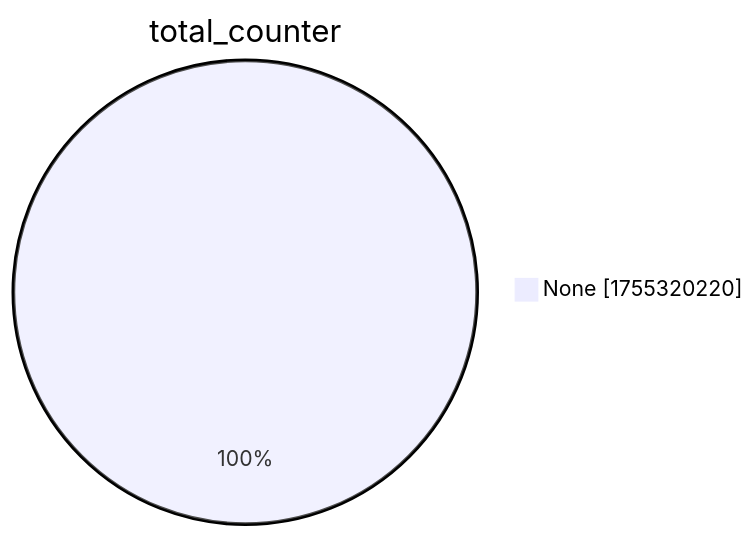
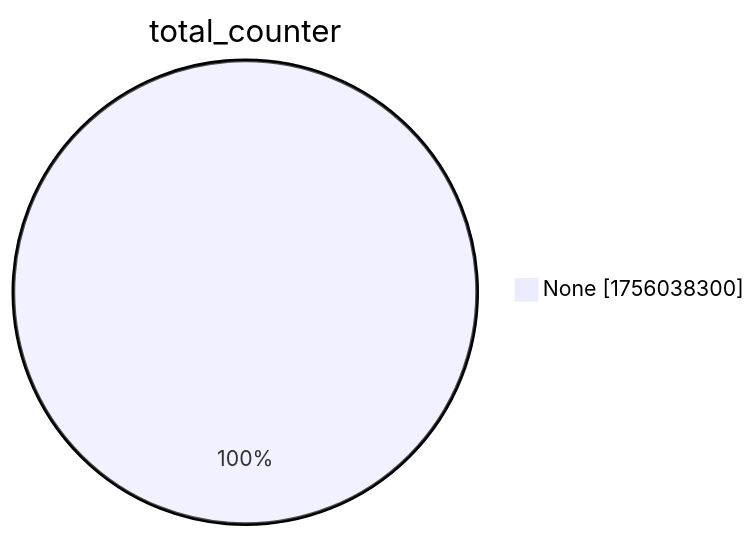
Before and after one commit to christiankrug/ctmonitor_visualization: the second of 15 diagrams in xenon2022/README.md, drawn with Mermaid. The commit also changed other lines of this file, not shown here.

````diff
--- a/xenon2022/README.md
+++ b/xenon2022/README.md
@@ -9,5 +9,5 @@
 ```mermaid
 pie showData
 title total_counter
-"None" :1755320220
+"None" :1756038300
 ```
````
